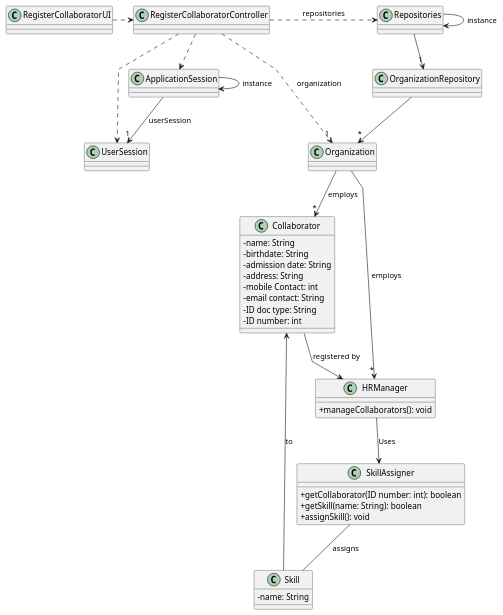
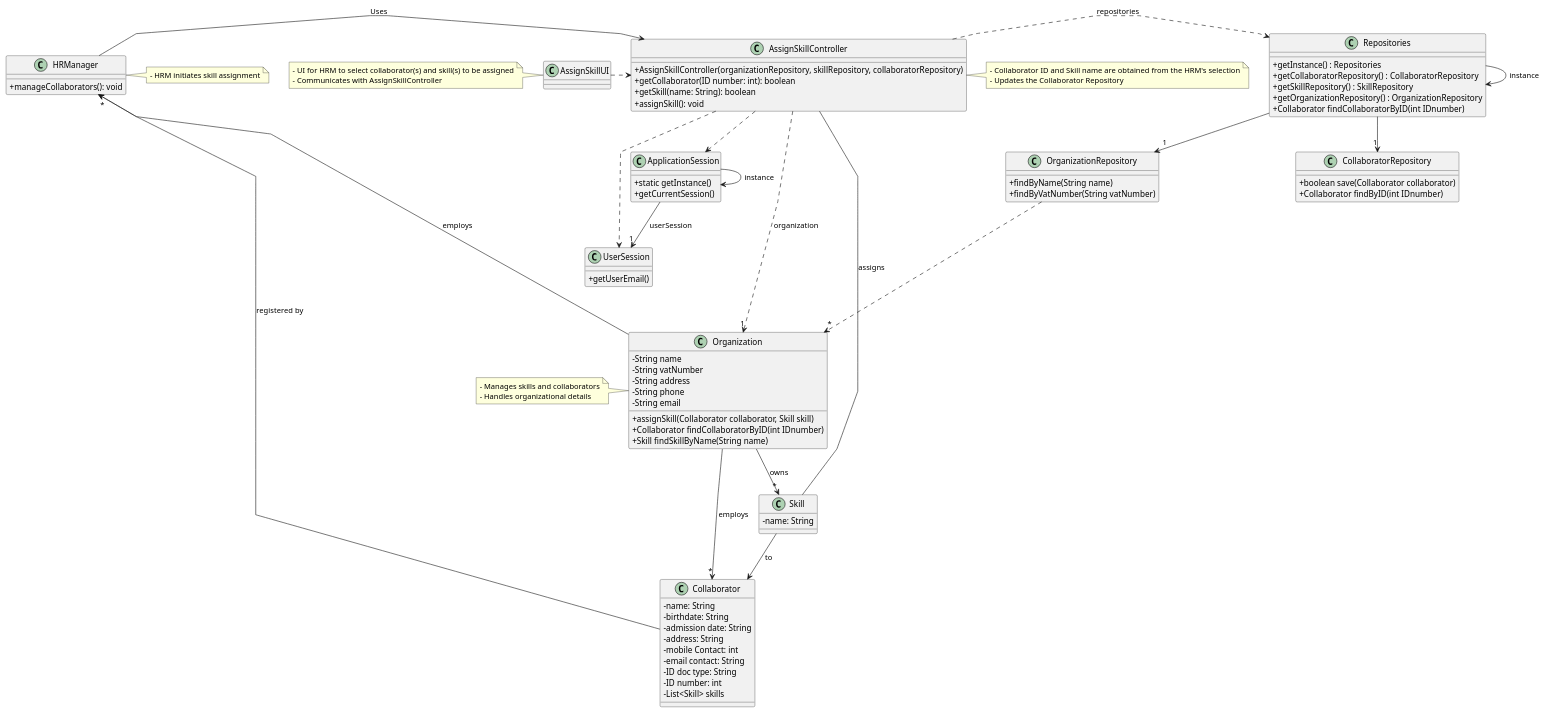
One commit to tiagosoa/lei-24-s2-1dgh-g073 changed the diagram in docs/sprint2/us004/03.design/puml/us004-class-diagram.puml. Above: the diagram before and after it, drawn with PlantUML. The commit also changed 32 other files, not shown here.

Commit message:
US05 Design + Previous US class Diagrams

```diff
--- a/docs/sprint2/us004/03.design/puml/us004-class-diagram.puml
+++ b/docs/sprint2/us004/03.design/puml/us004-class-diagram.puml
@@ -1,62 +1,127 @@
 @startuml
 'skinparam monochrome true
 skinparam packageStyle rectangle
 skinparam shadowing false
 skinparam linetype polyline
 'skinparam linetype orto
 
 skinparam classAttributeIconSize 0
 
 'left to right direction
 
+class ApplicationSession
+{
+    + static getInstance()
+    + getCurrentSession()
+}
+
+class UserSession
+{
+    + getUserEmail()
+}
+
 class Collaborator {
     - name: String
     - birthdate: String
     - admission date: String
     - address: String
     - mobile Contact: int
     - email contact: String
     - ID doc type: String
     - ID number: int
+    - List<Skill> skills
 }
 
-class SkillAssigner {
+class AssignSkillController {
+    + AssignSkillController(organizationRepository, skillRepository, collaboratorRepository)
     + getCollaborator(ID number: int): boolean
     + getSkill(name: String): boolean
     + assignSkill(): void
 }
 
 class Skill {
     - name: String
 }
 
 class HRManager {
     + manageCollaborators(): void
 }
 
-SkillAssigner -- Skill: assigns
+class CollaboratorRepository {
+   + boolean save(Collaborator collaborator)
+   + Collaborator findByID(int IDnumber)
+ }
+
+ class Organization {
+   - String name
+   - String vatNumber
+   - String address
+   - String phone
+   - String email
+   + assignSkill(Collaborator collaborator, Skill skill)
+   + Collaborator findCollaboratorByID(int IDnumber)
+   + Skill findSkillByName(String name)
+ }
+
+ class OrganizationRepository {
+   + findByName(String name)
+   + findByVatNumber(String vatNumber)
+ }
+
+ class Repositories {
+   + getInstance() : Repositories
+   + getCollaboratorRepository() : CollaboratorRepository
+   + getSkillRepository() : SkillRepository
+   + getOrganizationRepository() : OrganizationRepository
+   + Collaborator findCollaboratorByID(int IDnumber)
+ }
+
+ class AssignSkillUI {
+ }
+
+AssignSkillController -- Skill: assigns
 Skill --> Collaborator: to
-HRManager --> SkillAssigner: Uses
+HRManager -> AssignSkillController: Uses
 
 
 Repositories -> Repositories : instance
 ApplicationSession -> ApplicationSession : instance
+AssignSkillUI .> AssignSkillController
 
-RegisterCollaboratorUI .> RegisterCollaboratorController
-
-RegisterCollaboratorController .> Repositories : repositories
+AssignSkillController .> Repositories : repositories
 
 Repositories --> "1" OrganizationRepository
+Repositories --> "1" CollaboratorRepository
 
-OrganizationRepository --> "*" Organization
+OrganizationRepository ...> "*" Organization
 ApplicationSession --> "1" UserSession : userSession
 
-RegisterCollaboratorController ..> "1" Organization : organization
-RegisterCollaboratorController ..> ApplicationSession
-RegisterCollaboratorController ..> UserSession
+AssignSkillController ..> "1" Organization : organization
+AssignSkillController ..> ApplicationSession
+AssignSkillController ..> UserSession
 Collaborator --> HRManager : registered by
 
 Organization --> "*" HRManager : employs
 Organization --> "*" Collaborator : employs
+Organization --> "*" Skill : owns
+
+note right of AssignSkillController
+  - Collaborator ID and Skill name are obtained from the HRM's selection
+  - Updates the Collaborator Repository
+end note
+
+note right of HRManager
+  - HRM initiates skill assignment
+end note
+
+note left of AssignSkillUI
+  - UI for HRM to select collaborator(s) and skill(s) to be assigned
+  - Communicates with AssignSkillController
+end note
+
+note left of Organization
+  - Manages skills and collaborators
+  - Handles organizational details
+end note
 
 @enduml
```
